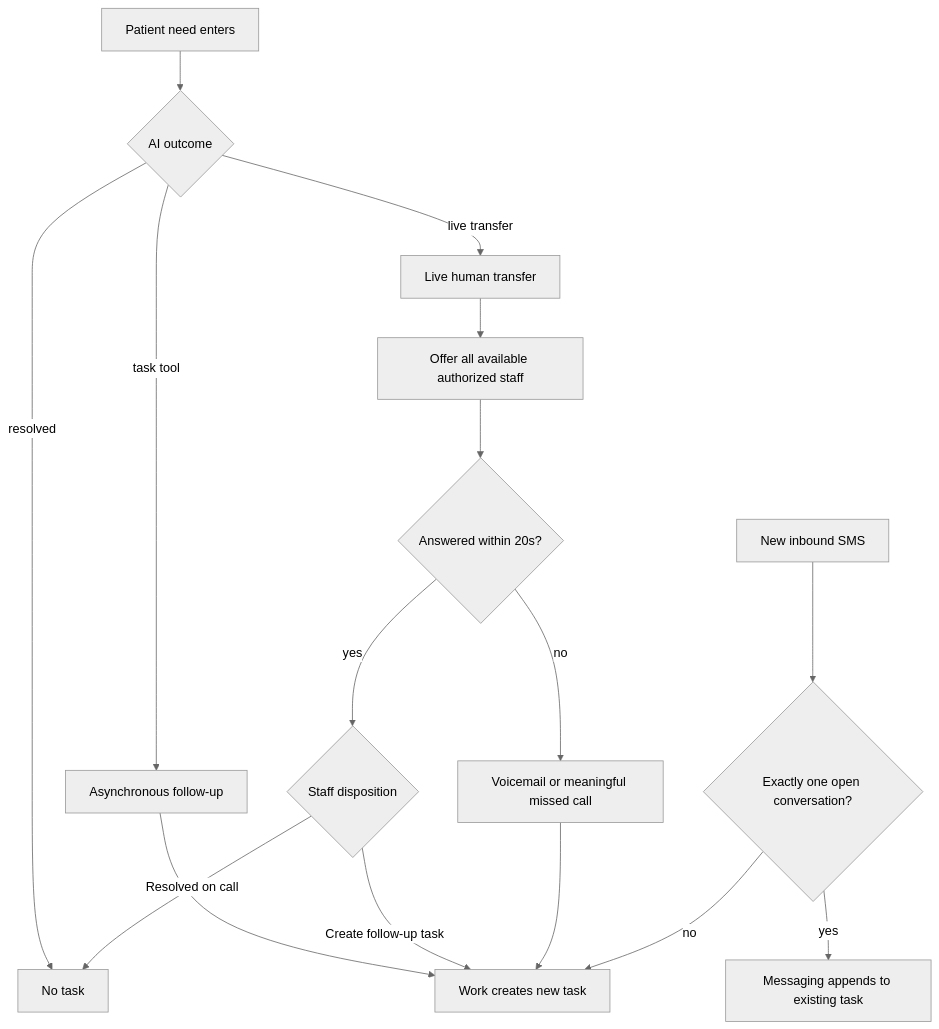
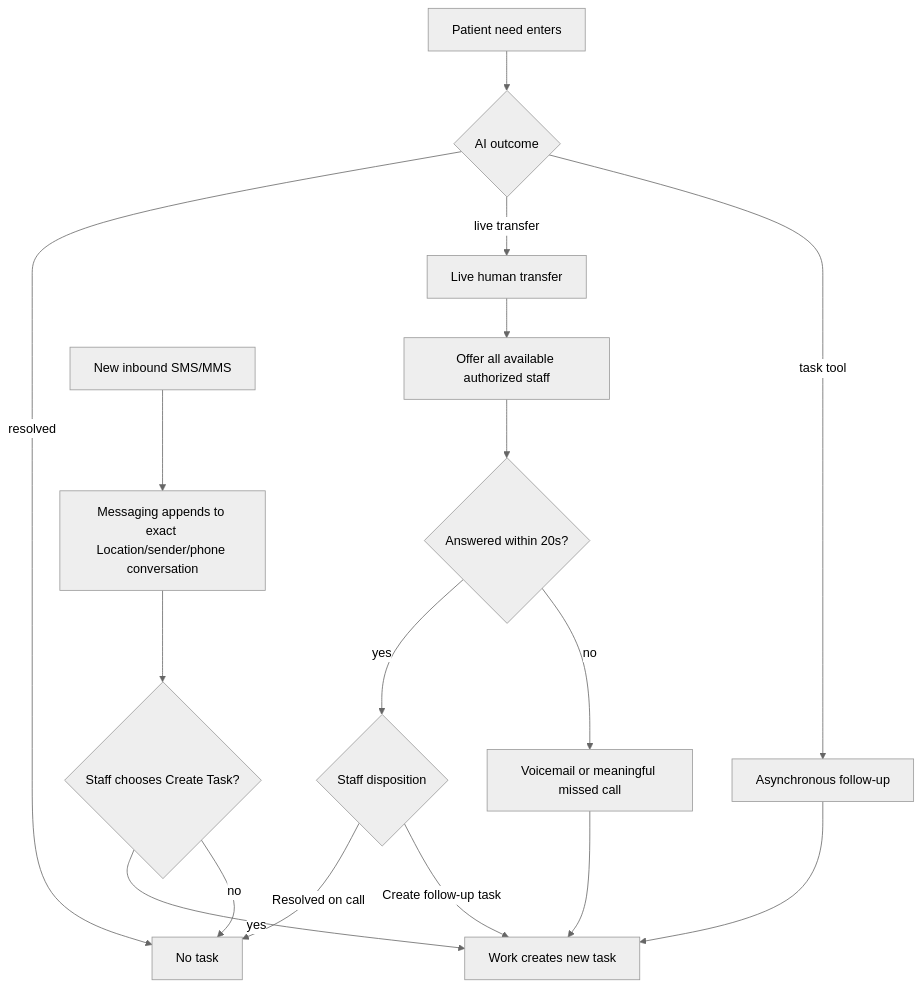
The fourth of 8 diagrams in docs/architecture/overview.md (chasef07/acuity_product), drawn with Mermaid (neutral theme) before and after one commit. The commit also changed other lines of this file and 37 other files, not shown here.

Commit message:
feat: add location-scoped messaging conversations

````diff
--- a/docs/architecture/overview.md
+++ b/docs/architecture/overview.md
@@ -224,34 +224,35 @@
 ```mermaid
 flowchart TD
     Need["Patient need enters"]
     AI{"AI outcome"}
     Human["Live human transfer"]
     Async["Asynchronous follow-up"]
     Offer["Offer all available authorized staff"]
     Answered{"Answered within 20s?"}
     Disposition{"Staff disposition"}
     Voicemail["Voicemail or meaningful missed call"]
-    InboundSMS["New inbound SMS"]
-    SMSMatch{"Exactly one open conversation?"}
-    Append["Messaging appends to existing task"]
+    InboundSMS["New inbound SMS/MMS"]
+    Conversation["Messaging appends to exact Location/sender/phone conversation"]
+    Explicit{"Staff chooses Create Task?"}
     Work["Work creates new task"]
     NoTask["No task"]
 
     Need --> AI
     AI -->|"resolved"| NoTask
     AI -->|"live transfer"| Human
     AI -->|"task tool"| Async
     Async --> Work
 
     Human --> Offer
     Offer --> Answered
     Answered -->|"yes"| Disposition
     Answered -->|"no"| Voicemail
     Disposition -->|"Resolved on call"| NoTask
     Disposition -->|"Create follow-up task"| Work
     Voicemail --> Work
 
-    InboundSMS --> SMSMatch
-    SMSMatch -->|"yes"| Append
-    SMSMatch -->|"no"| Work
+    InboundSMS --> Conversation
+    Conversation --> Explicit
+    Explicit -->|"yes"| Work
+    Explicit -->|"no"| NoTask
 ```
````
